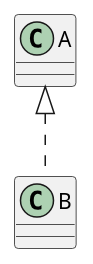
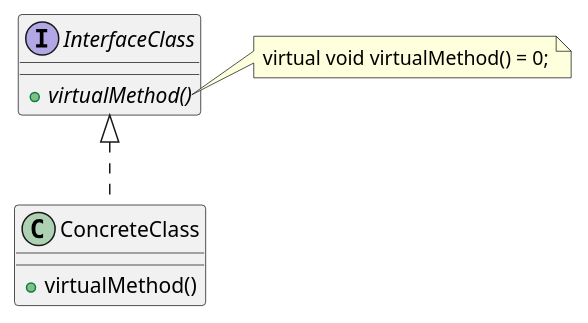
Before and after one commit to hugorbarbosa/cpp-design-patterns: the diagram in uml/assets/realization.puml, drawn with PlantUML. The commit also changed 13 other files, not shown here.

First line of the commit message:
Improve UML basics documentation

```diff
--- a/uml/assets/realization.puml
+++ b/uml/assets/realization.puml
@@ -1,11 +1,17 @@
 @startuml
 
-class A {
+interface InterfaceClass {
+    + {abstract} virtualMethod()
 }
 
-class B {
+note right of InterfaceClass::virtualMethod
+    virtual void virtualMethod() = 0;
+end note
+
+class ConcreteClass {
+    + virtualMethod()
 }
 
-A <|.. B
+InterfaceClass <|.. ConcreteClass
 
 @enduml
```
